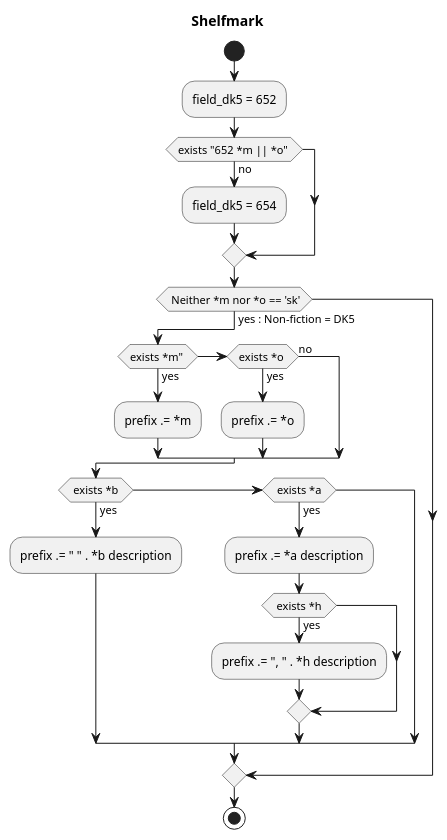
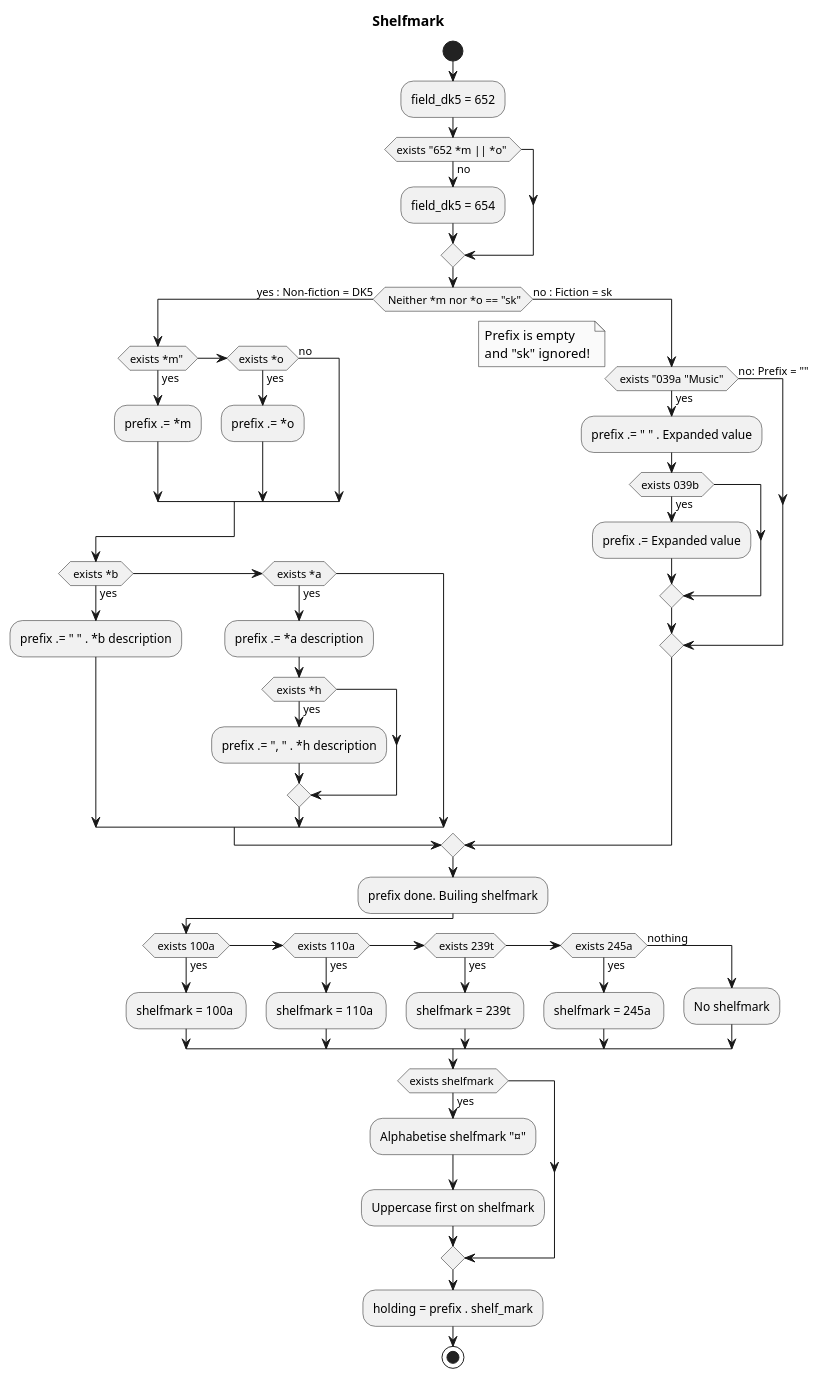
One commit to danskernesdigitalebibliotek/plantuml changed the diagram in docs/react/localisation/shelfmark2.puml. Above: the diagram before and after it, drawn with PlantUML.

```diff
--- a/docs/react/localisation/shelfmark2.puml
+++ b/docs/react/localisation/shelfmark2.puml
@@ -1,80 +1,114 @@
 @startuml
 title Shelfmark
 
 ' Skinparams '
 skinparam monochrome true
 'skinparam handwritten true
 
 ' Participants
 start
 /'
         // Look for the marc field to get DK5 classification from. We require
         // that either 'm' or 'o' subfield is present and prefer 652. If this is
         // not the case we'll try the outdated marc field 654 for DK5.
         $field_dk5 = fbs_get_marc_field($entity, '652');
         if (empty($field_dk5['m']) && empty($field_dk5['o'])) {
           $field_dk5 = fbs_get_marc_field($entity, '654');
         }
 '/
 ':Set empty $prefix
 :field_dk5 = 652;
 if (exists "652 *m || *o" ) then (no)
     :field_dk5 = 654;
 endif
 
 
 /'
         // Non-fiction: Look for the 'sk' marker in both 'm' and 'o' subfield.
         // If it's not present in any of these, we consider the material be to
         // be non-fiction and we should use the special prefix for non-fiction
         // materials.
         if ($field_dk5_m !== 'sk' && $field_dk5_o !== 'sk') {
 '/
 
 'if ( *m !== 'sk' \n&& *o !== 'sk') then (yes : Non-fiction)
-if ( Neither *m nor *o == 'sk') then (yes : Non-fiction = DK5)
+if ( Neither *m nor *o == "sk") then (yes : Non-fiction = DK5)
     if (exists *m" ) then (yes)
         :prefix .= *m;
     elseif (exists *o ) then (yes)
         :prefix .= *o;
     else (no)
     endif
+    
 /'
           // Additional descriptors from the DK5 classification. Note that we
           // ensure to use data from the correct subfields of the field we got
           // the DK5 classification from.
           if (!empty($field_dk5['b'][$field_dk5_index])) {
             $prefix .= ' ' . $field_dk5['b'][$field_dk5_index];
           }
           elseif (!empty($field_dk5['a'][$field_dk5_index])) {
             $prefix .= ' ' . $field_dk5['a'][$field_dk5_index];
             if (!empty($field_dk5['h'][$field_dk5_index])) {
               $prefix .= ', ' . $field_dk5['h'][$field_dk5_index];
             }
           }
 '/
     if ( exists *b ) then (yes)
         :prefix .= " " . *b description;
     elseif ( exists *a ) then (yes)
             :prefix .= *a description;
         if ( exists *h ) then (yes)
             :prefix .= ", " . *h description;
         endif
     endif
 /'
         // Music: Field 039.a is present on music materials, so we can use this
         // is an indicator.
         elseif ($field039a = fbs_get_marc_field($entity, '039', 'a')) {
           $prefix .= fbs_translate_marc($field039a, '039.a');
 
           // We'll also append additional subfields if present.
           if ($field039b = fbs_get_marc_field($entity, '039', 'b')) {
             $prefix .= ' ' . fbs_translate_marc($field039b, '039.b');
           }
         }
 '/
 
+else (no : Fiction = sk)
+    if ( exists "039a "Music" ) then (yes)
+        :prefix .= " " . Expanded value;
+        if (exists 039b ) then (yes)
+            :prefix .= Expanded value;
+        endif
+    else (no: Prefix = "")
+        note right: Prefix is empty\nand "sk" ignored!
+    endif
 endif
 
+:prefix done. Builing shelfmark;
+
+if ( exists 100a ) then (yes)
+    :shelfmark = 100a ;
+elseif ( exists 110a ) then (yes)
+    :shelfmark = 110a ;
+elseif ( exists 239t) then (yes)
+    :shelfmark = 239t ;
+elseif ( exists 245a ) then (yes)
+    :shelfmark = 245a ;
+else (nothing)
+  :No shelfmark;
+endif
+
+
+':$shefmark = first of [ 100a || 110a || 239t || 245a ];
+if (exists shelfmark ) then (yes)
+    :Alphabetise shelfmark "¤";
+    :Uppercase first on shelfmark;
+endif
+
+:holding = prefix . shelf_mark;
+
 stop
+
 @enduml
```
